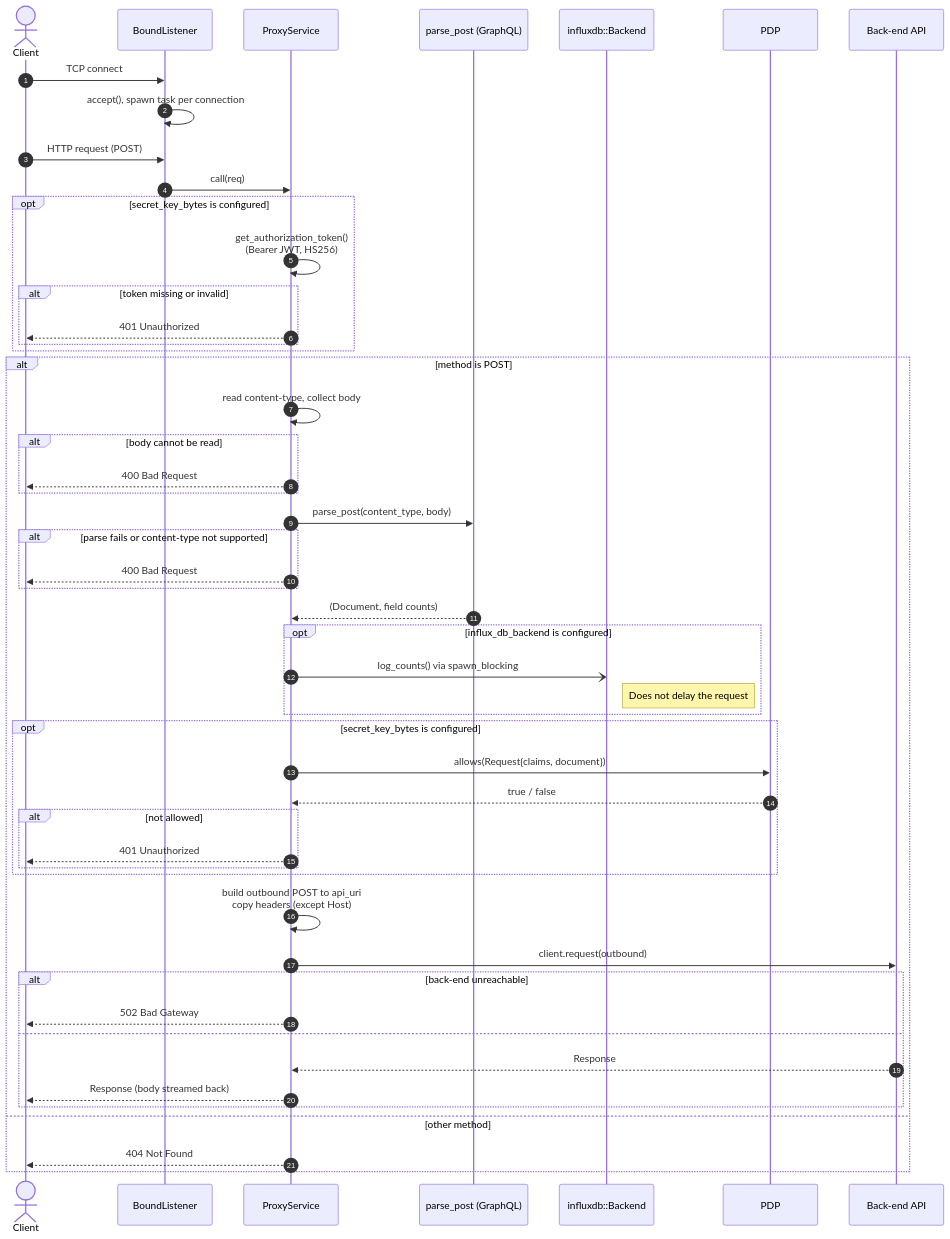
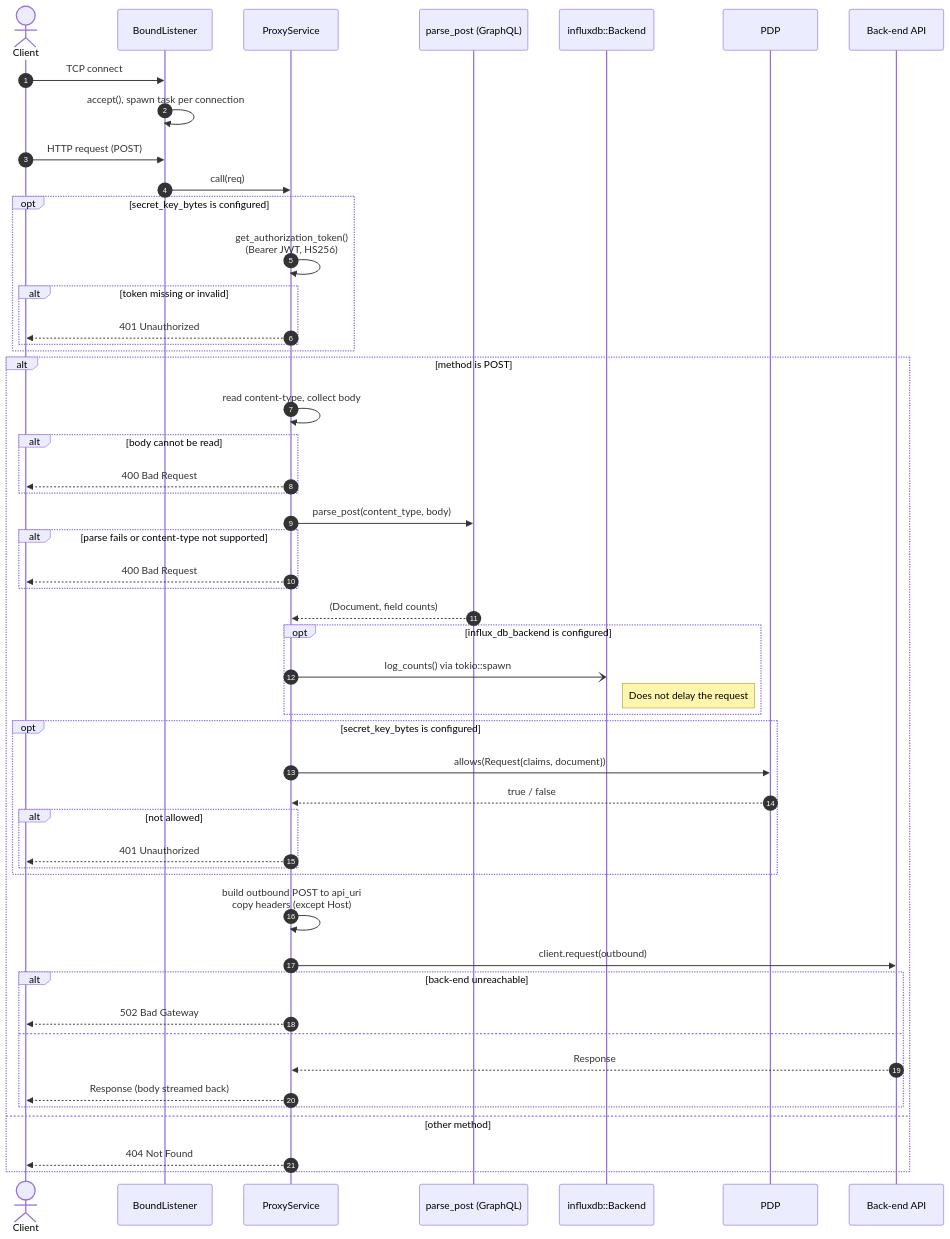
One commit to arboric/arboric changed the second of 2 diagrams in docs/call-flow.md. Above: the diagram before and after it, drawn with Mermaid. The commit also changed other lines of this file, not shown here.

First line of the commit message:
Fix call-flow.md to match current code

````diff
--- a/docs/call-flow.md
+++ b/docs/call-flow.md
@@ -120,59 +122,59 @@
 ```mermaid
 sequenceDiagram
     autonumber
     actor Client
     participant L as BoundListener
     participant P as ProxyService
     participant G as parse_post (GraphQL)
     participant I as influxdb::Backend
     participant D as PDP
     participant B as Back-end API
 
     Client->>L: TCP connect
     L->>L: accept(), spawn task per connection
     Client->>L: HTTP request (POST)
     L->>P: call(req)
 
     opt secret_key_bytes is configured
         P->>P: get_authorization_token()<br/>(Bearer JWT, HS256)
         alt token missing or invalid
             P-->>Client: 401 Unauthorized
         end
     end
 
     alt method is POST
         P->>P: read content-type, collect body
         alt body cannot be read
             P-->>Client: 400 Bad Request
         end
         P->>G: parse_post(content_type, body)
         alt parse fails or content-type not supported
             P-->>Client: 400 Bad Request
         end
         G-->>P: (Document, field counts)
 
         opt influx_db_backend is configured
-            P-)I: log_counts() via spawn_blocking
+            P-)I: log_counts() via tokio::spawn
             Note right of I: Does not delay the request
         end
 
         opt secret_key_bytes is configured
             P->>D: allows(Request{claims, document})
             D-->>P: true / false
             alt not allowed
                 P-->>Client: 401 Unauthorized
             end
         end
 
         P->>P: build outbound POST to api_uri<br/>copy headers (except Host)
         P->>B: client.request(outbound)
         alt back-end unreachable
             P-->>Client: 502 Bad Gateway
         else
             B-->>P: Response
             P-->>Client: Response (body streamed back)
         end
     else other method
         P-->>Client: 404 Not Found
     end
 ```
````
